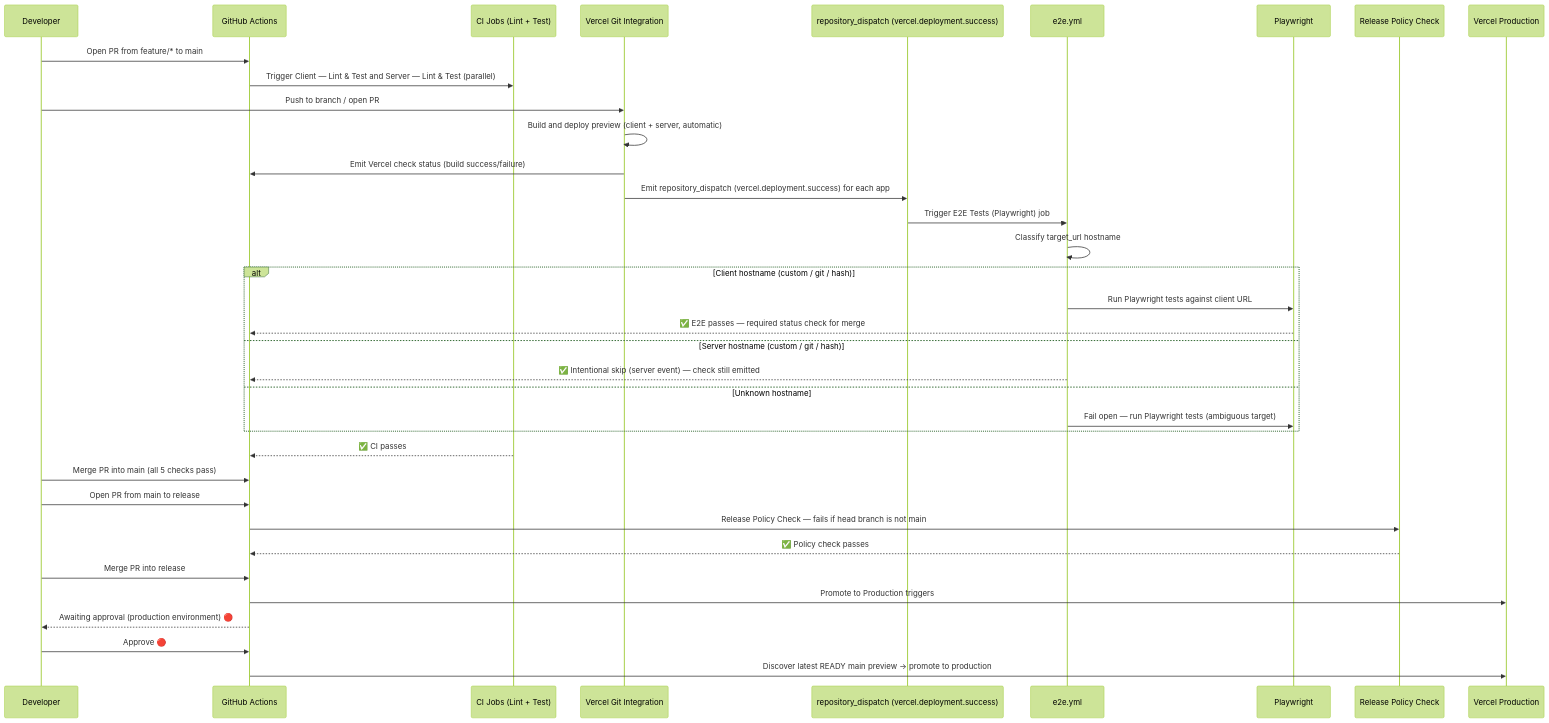
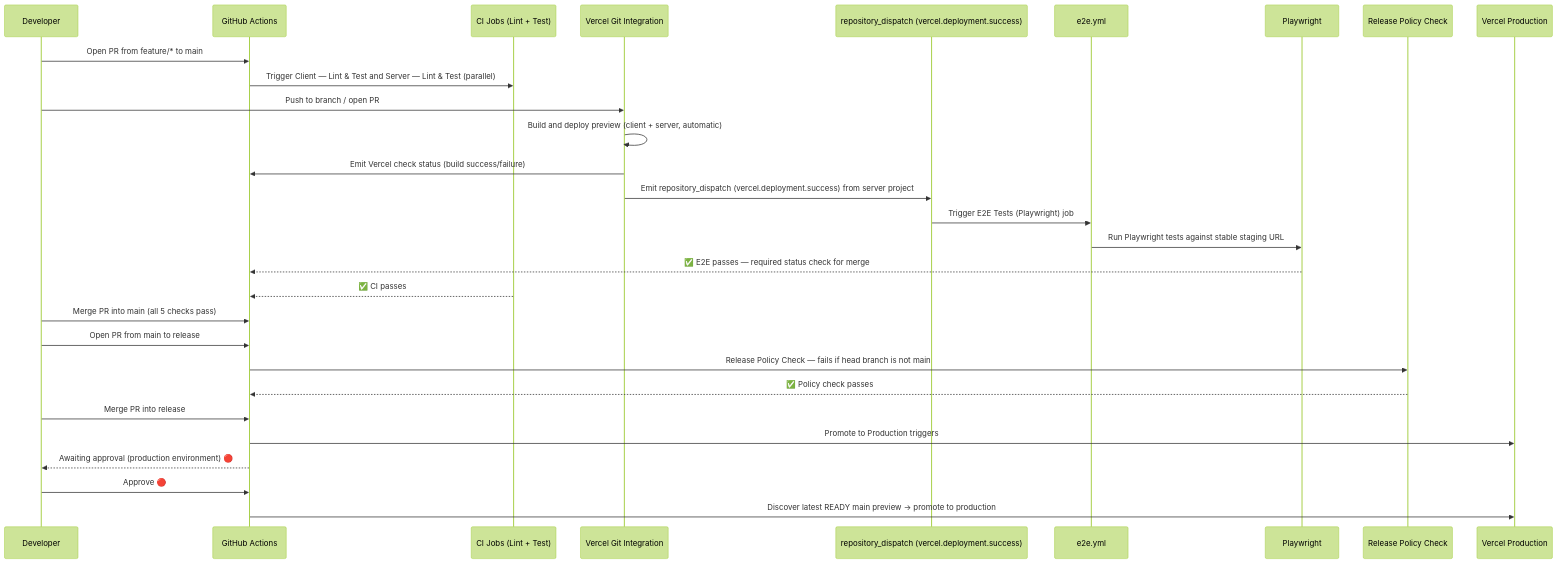
Before and after one commit to Khorolev/Ichnos_Protocol: the diagram in DEPLOYMENT_GITHUB_ACTIONS.md, drawn with Mermaid (forest theme). The commit also changed other lines of this file and 26 other files, not shown here.

````diff
--- a/DEPLOYMENT_GITHUB_ACTIONS.md
+++ b/DEPLOYMENT_GITHUB_ACTIONS.md
@@ -7,40 +7,33 @@
 ```mermaid
 sequenceDiagram
     participant Dev as Developer
     participant GH as GitHub Actions
     participant CI as CI Jobs (Lint + Test)
     participant Vercel as Vercel Git Integration
     participant DS as repository_dispatch (vercel.deployment.success)
     participant E2E as e2e.yml
     participant PW as Playwright
     participant RPC as Release Policy Check
     participant Prod as Vercel Production
 
     Dev->>GH: Open PR from feature/* to main
     GH->>CI: Trigger Client — Lint & Test and Server — Lint & Test (parallel)
     Dev->>Vercel: Push to branch / open PR
     Vercel->>Vercel: Build and deploy preview (client + server, automatic)
     Vercel->>GH: Emit Vercel check status (build success/failure)
-    Vercel->>DS: Emit repository_dispatch (vercel.deployment.success) for each app
+    Vercel->>DS: Emit repository_dispatch (vercel.deployment.success) from server project
     DS->>E2E: Trigger E2E Tests (Playwright) job
-    E2E->>E2E: Classify target_url hostname
-    alt Client hostname (custom / git / hash)
-        E2E->>PW: Run Playwright tests against client URL
-        PW-->>GH: ✅ E2E passes — required status check for merge
-    else Server hostname (custom / git / hash)
-        E2E-->>GH: ✅ Intentional skip (server event) — check still emitted
-    else Unknown hostname
-        E2E->>PW: Fail open — run Playwright tests (ambiguous target)
-    end
+    E2E->>PW: Run Playwright tests against stable staging URL
+    PW-->>GH: ✅ E2E passes — required status check for merge
     CI-->>GH: ✅ CI passes
     Dev->>GH: Merge PR into main (all 5 checks pass)
 
     Dev->>GH: Open PR from main to release
     GH->>RPC: Release Policy Check — fails if head branch is not main
     RPC-->>GH: ✅ Policy check passes
     Dev->>GH: Merge PR into release
     GH->>Prod: Promote to Production triggers
     GH-->>Dev: Awaiting approval (production environment) 🔴
     Dev->>GH: Approve 🔴
     GH->>Prod: Discover latest READY main preview → promote to production
 ```
````
